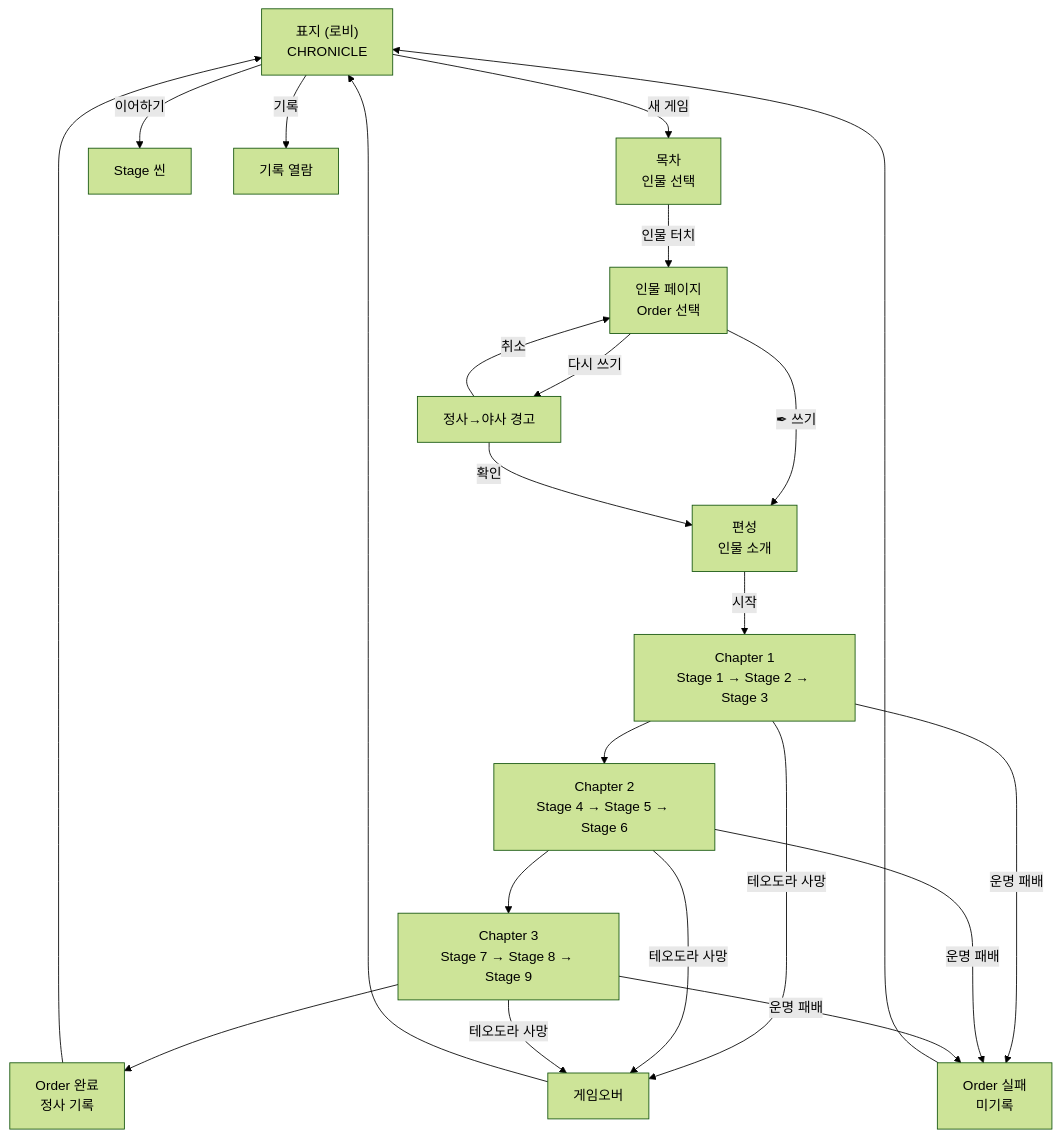
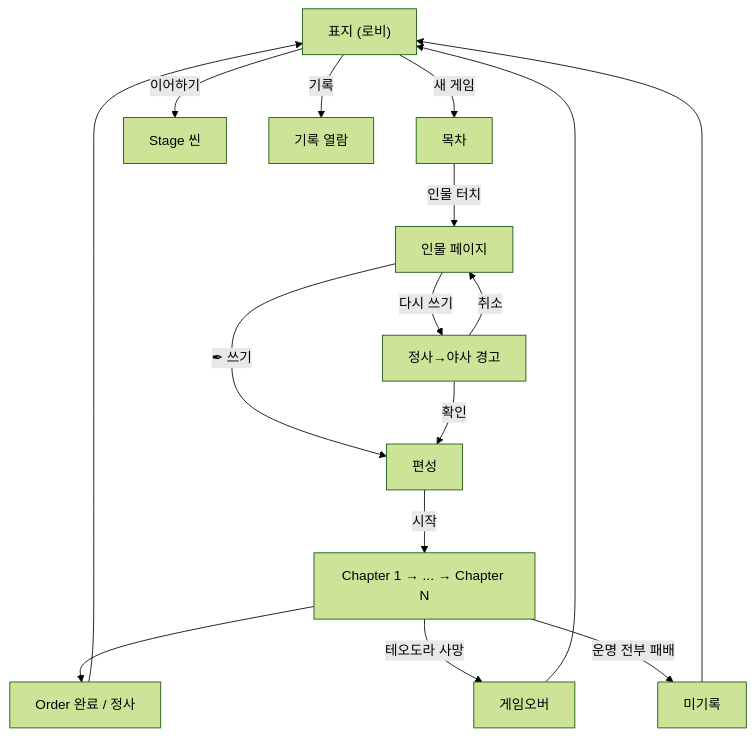
Before and after one commit to roam1215-beep/Chronicle-wiki: the diagram in 04_메타/책구조.md, drawn with Mermaid (forest theme). The commit also changed other lines of this file and 5 other files, not shown here.

````diff
--- a/04_메타/책구조.md
+++ b/04_메타/책구조.md
@@ -121,28 +84,20 @@
 ```mermaid
 flowchart TD
-    COVER["표지 (로비)\nCHRONICLE"] -->|새 게임| TOC["목차\n인물 선택"]
+    COVER["표지 (로비)"] -->|새 게임| TOC["목차"]
     COVER -->|이어하기| STAGE["Stage 씬"]
     COVER -->|기록| RECORD["기록 열람"]
-    
-    TOC -->|인물 터치| CHARPAGE["인물 페이지\nOrder 선택"]
-    
-    CHARPAGE -->|✒ 쓰기| FORMATION["편성\n인물 소개"]
+
+    TOC -->|인물 터치| CHARPAGE["인물 페이지"]
+
+    CHARPAGE -->|✒ 쓰기| FORMATION["편성"]
     CHARPAGE -->|다시 쓰기| WARN["정사→야사 경고"]
     WARN -->|확인| FORMATION
     WARN -->|취소| CHARPAGE
-    
-    FORMATION -->|시작| CH1["Chapter 1\nStage 1 → Stage 2 → Stage 3"]
-    CH1 --> CH2["Chapter 2\nStage 4 → Stage 5 → Stage 6"]
-    CH2 --> CH3["Chapter 3\nStage 7 → Stage 8 → Stage 9"]
-    CH3 --> SAVE["Order 완료\n정사 기록"]
+
+    FORMATION -->|시작| CHAPTERS["Chapter 1 → ... → Chapter N"]
+    CHAPTERS --> SAVE["Order 완료 / 정사"]
     SAVE --> COVER
-    
-    CH1 -->|테오도라 사망| GAMEOVER["게임오버"]
-    CH2 -->|테오도라 사망| GAMEOVER
-    CH3 -->|테오도라 사망| GAMEOVER
-    CH1 -->|운명 패배| FAIL["Order 실패\n미기록"]
-    CH2 -->|운명 패배| FAIL
-    CH3 -->|운명 패배| FAIL
-    GAMEOVER --> COVER
-    FAIL --> COVER
+
+    CHAPTERS -->|테오도라 사망| GAMEOVER["게임오버"] --> COVER
+    CHAPTERS -->|운명 전부 패배| FAIL["미기록"] --> COVER
 ```
````
